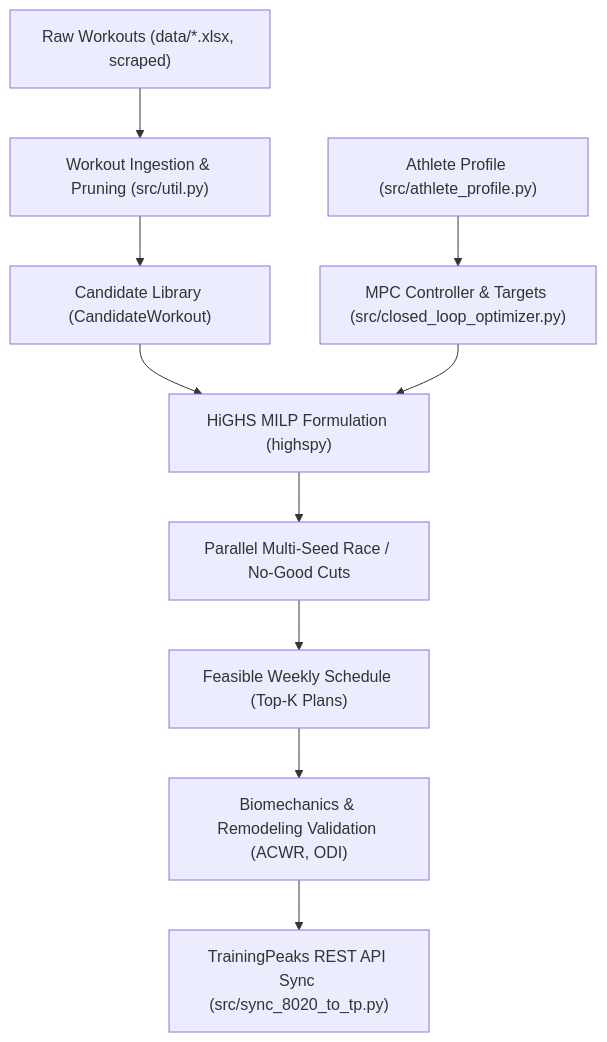
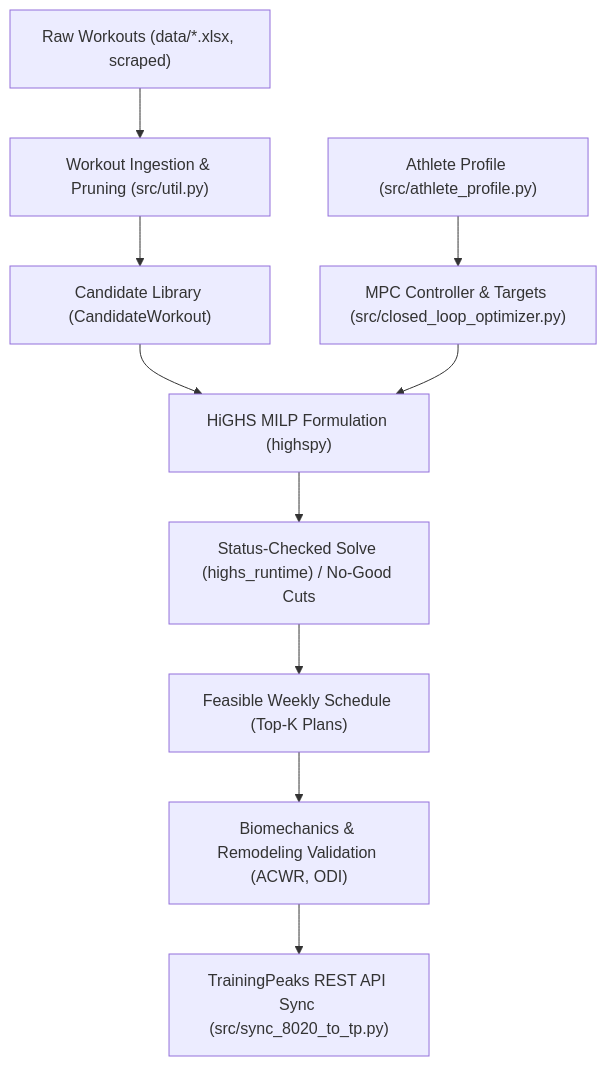
Before and after one commit to driscoll42/triathlon_planning: the diagram in docs/STATE_SUMMARY.md, drawn with Mermaid. The commit also changed other lines of this file and 11 other files, not shown here.

````diff
--- a/docs/STATE_SUMMARY.md
+++ b/docs/STATE_SUMMARY.md
@@ -24,11 +24,11 @@
 ```mermaid
 flowchart TD
     A["Raw Workouts (data/*.xlsx, scraped)"] --> B["Workout Ingestion & Pruning (src/util.py)"]
     B --> C["Candidate Library (CandidateWorkout)"]
     D["Athlete Profile (src/athlete_profile.py)"] --> E["MPC Controller & Targets (src/closed_loop_optimizer.py)"]
     C & E --> F["HiGHS MILP Formulation (highspy)"]
-    F --> G["Parallel Multi-Seed Race / No-Good Cuts"]
+    F --> G["Status-Checked Solve (highs_runtime) / No-Good Cuts"]
     G --> H["Feasible Weekly Schedule (Top-K Plans)"]
     H --> I["Biomechanics & Remodeling Validation (ACWR, ODI)"]
     I --> J["TrainingPeaks REST API Sync (src/sync_8020_to_tp.py)"]
 ```
````
